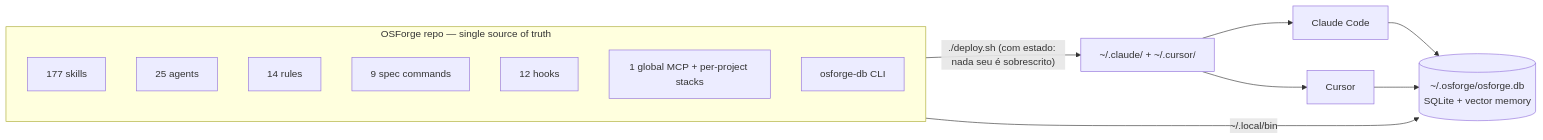
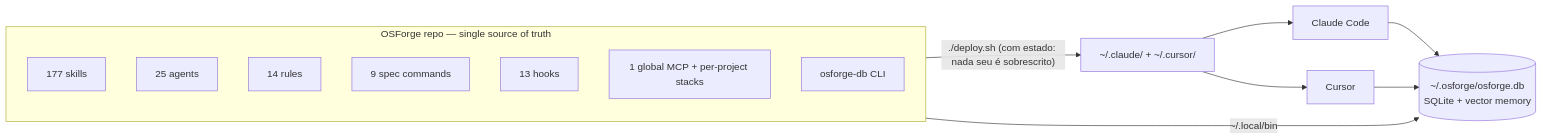
One commit to plocemourasouza/osforge changed the first of 5 diagrams in README.md. Above: the diagram before and after it, drawn with Mermaid. The commit also changed 9 other files, not shown here.

````diff
--- a/README.md
+++ b/README.md
@@ -76,19 +76,19 @@
 ```mermaid
 flowchart LR
   subgraph REPO["OSForge repo — single source of truth"]
     direction TB
     SK["177 skills"]
     AG["25 agents"]
     RU["14 rules"]
     CM["9 spec commands"]
-    HK["12 hooks"]
+    HK["13 hooks"]
     MC["1 global MCP + per-project stacks"]
     DBCLI["osforge-db CLI"]
   end
   REPO -->|"./deploy.sh (com estado: nada seu é sobrescrito)"| HOME["~/.claude/ + ~/.cursor/"]
   HOME --> CC["Claude Code"]
   HOME --> CU["Cursor"]
   DBCLI -->|"~/.local/bin"| STATE[("~/.osforge/osforge.db<br/>SQLite + vector memory")]
   CC --> STATE
   CU --> STATE
 ```
````
